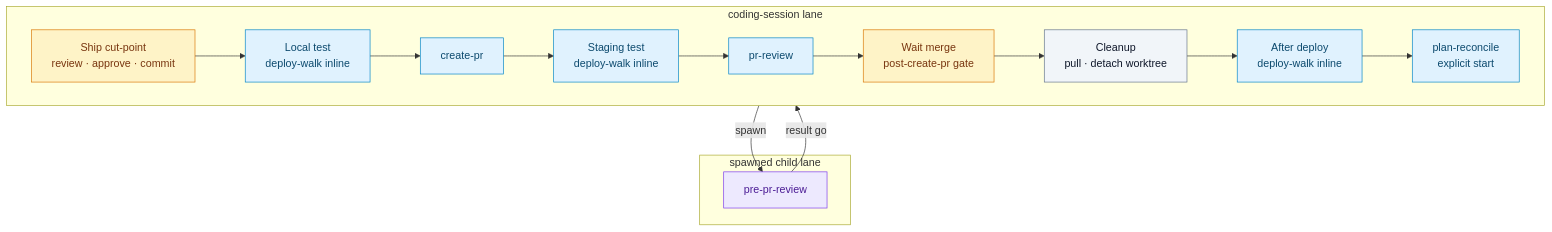
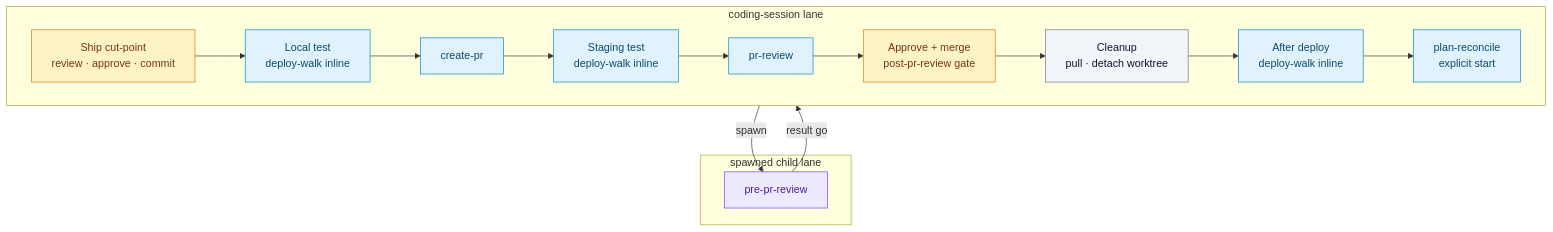
Before and after one commit to sedea-tapcart/research-and-development: the diagram in missions/plan-and-deliver/skills/coding-session/SKILL.md, drawn with Mermaid. The commit also changed other lines of this file and 2 other files, not shown here.

First line of the commit message:
Add post-pr-review approve-and-merge gate on coding-session lane.

````diff
--- a/missions/plan-and-deliver/skills/coding-session/SKILL.md
+++ b/missions/plan-and-deliver/skills/coding-session/SKILL.md
@@ -615,29 +616,29 @@
 ```mermaid
 flowchart TB
   classDef inline fill:#e0f2fe,stroke:#0284c7,color:#0c4a6e
   classDef spawn fill:#ede9fe,stroke:#7c3aed,color:#4c1d95
   classDef gate fill:#fef3c7,stroke:#d97706,color:#78350f
   classDef proc fill:#f1f5f9,stroke:#64748b,color:#0f172a
 
   subgraph CS["coding-session lane"]
     direction LR
     CUT["Ship cut-point<br/>review · approve · commit"]:::gate
     LTW["Local test<br/>deploy-walk inline"]:::inline
     CPR["create-pr"]:::inline
     STW["Staging test<br/>deploy-walk inline"]:::inline
     PRV["pr-review"]:::inline
-    WAIT["Wait merge<br/>post-create-pr gate"]:::gate
+    MRG["Approve + merge<br/>post-pr-review gate"]:::gate
     PMC["Cleanup<br/>pull · detach worktree"]:::proc
     ADW["After deploy<br/>deploy-walk inline"]:::inline
     REC["plan-reconcile<br/>explicit start"]:::inline
     CUT --> LTW --> CPR
-    CPR --> STW --> PRV --> WAIT --> PMC --> ADW --> REC
+    CPR --> STW --> PRV --> MRG --> PMC --> ADW --> REC
   end
 
   subgraph CHILD["spawned child lane"]
     PPR["pre-pr-review"]:::spawn
   end
 
   LTW -->|spawn| PPR
   PPR -->|result go| CPR
 ```
````
